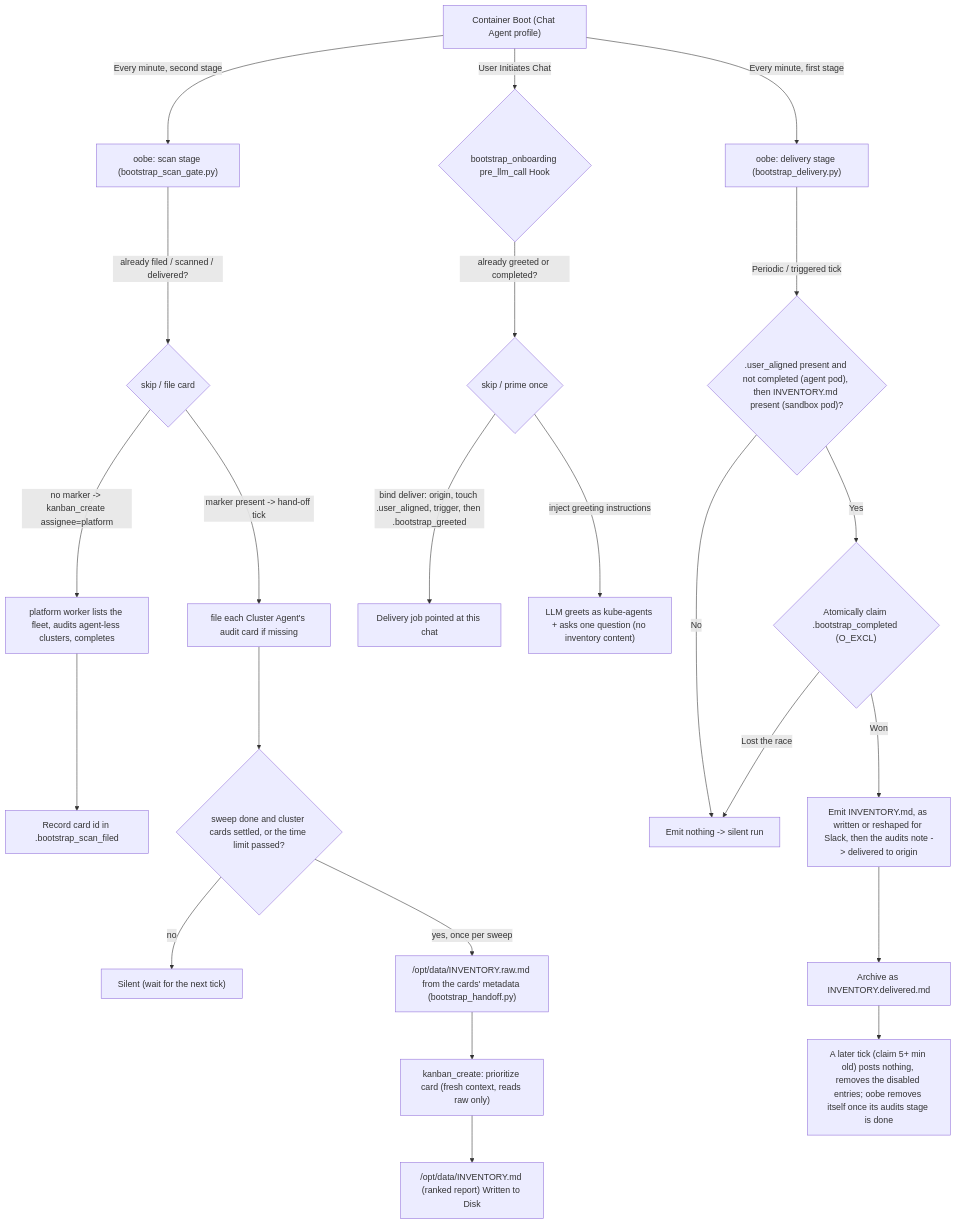
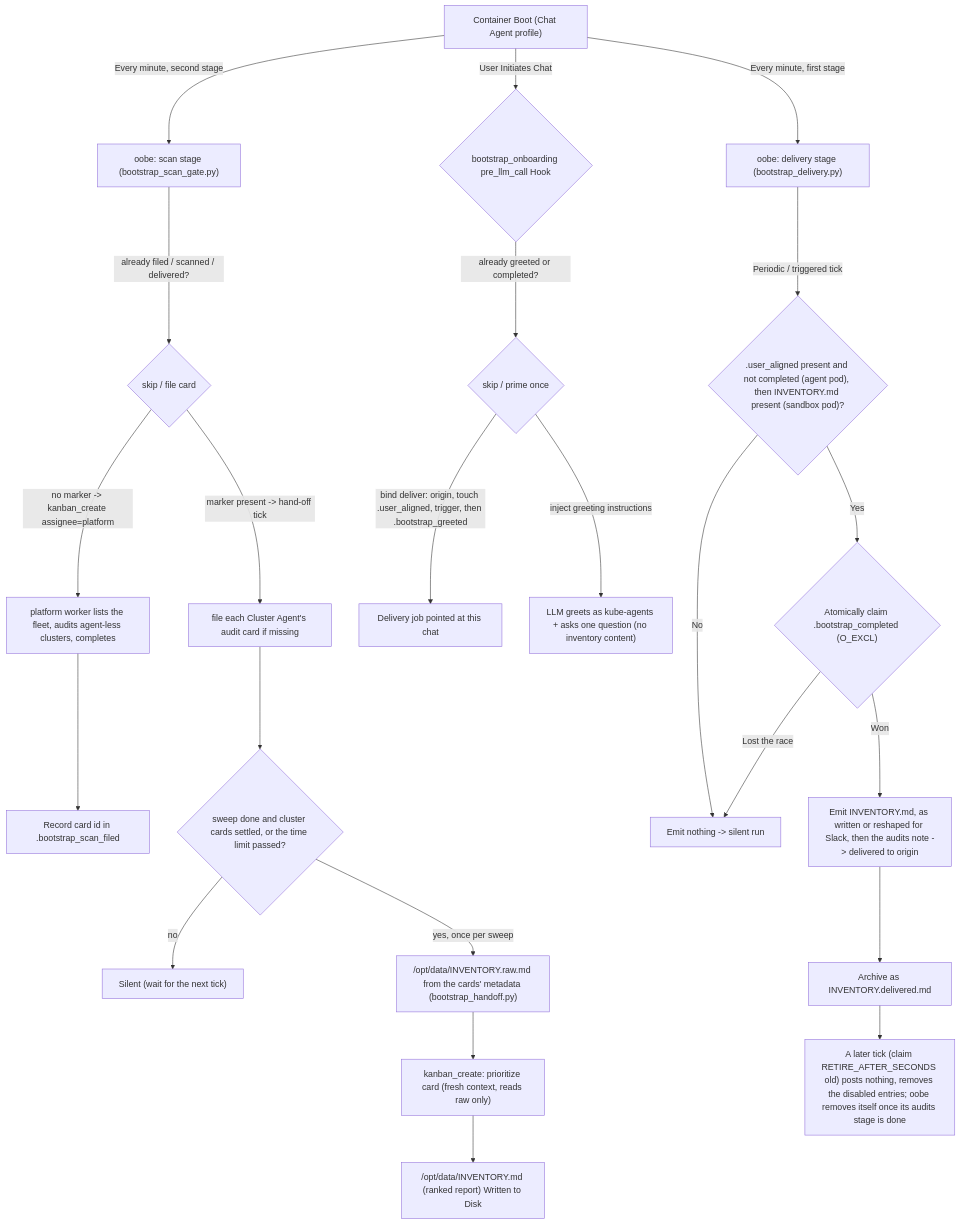
Before and after one commit to gke-labs/kube-agents: the first of 3 diagrams in agents/chat/defaults/plugins/bootstrap_onboarding/README.md, drawn with Mermaid. The commit also changed other lines of this file and 6 other files, not shown here.

````diff
--- a/agents/chat/defaults/plugins/bootstrap_onboarding/README.md
+++ b/agents/chat/defaults/plugins/bootstrap_onboarding/README.md
@@ -61,28 +61,28 @@
 ```mermaid
 graph TD
     A["Container Boot (Chat Agent profile)"] -->|Every minute, second stage| B["oobe: scan stage (bootstrap_scan_gate.py)"]
     A -->|Every minute, first stage| C["oobe: delivery stage (bootstrap_delivery.py)"]
     A -->|User Initiates Chat| D{"bootstrap_onboarding pre_llm_call Hook"}
 
     B -->|already filed / scanned / delivered?| B2{"skip / file card"}
     B2 -->|no marker -> kanban_create assignee=platform| P["platform worker lists the fleet, audits agent-less clusters, completes"]
     P --> PM["Record card id in .bootstrap_scan_filed"]
     B2 -->|marker present -> hand-off tick| HF["file each Cluster Agent's audit card if missing"]
     HF --> HO{"sweep done and cluster cards settled, or the time limit passed?"}
     HO -->|no| F["Silent (wait for the next tick)"]
     HO -->|yes, once per sweep| R["/opt/data/INVENTORY.raw.md from the cards' metadata (bootstrap_handoff.py)"]
     R --> Q["kanban_create: prioritize card (fresh context, reads raw only)"]
     Q --> E["/opt/data/INVENTORY.md (ranked report) Written to Disk"]
 
     D -->|already greeted or completed?| DG{"skip / prime once"}
     DG -->|bind deliver: origin, touch .user_aligned, trigger, then .bootstrap_greeted| G["Delivery job pointed at this chat"]
     DG -->|inject greeting instructions| H["LLM greets as kube-agents + asks one question (no inventory content)"]
 
     C -->|Periodic / triggered tick| I{".user_aligned present and not completed (agent pod), then INVENTORY.md present (sandbox pod)?"}
     I -->|No| J["Emit nothing -> silent run"]
     I -->|Yes| CL{"Atomically claim .bootstrap_completed (O_EXCL)"}
     CL -->|Lost the race| J
     CL -->|Won| K["Emit INVENTORY.md, as written or reshaped for Slack, then the audits note -> delivered to origin"]
     K --> L["Archive as INVENTORY.delivered.md"]
-    L --> RT["A later tick (claim 5+ min old) posts nothing, removes the disabled entries; oobe removes itself once its audits stage is done"]
+    L --> RT["A later tick (claim RETIRE_AFTER_SECONDS old) posts nothing, removes the disabled entries; oobe removes itself once its audits stage is done"]
 ```
````
